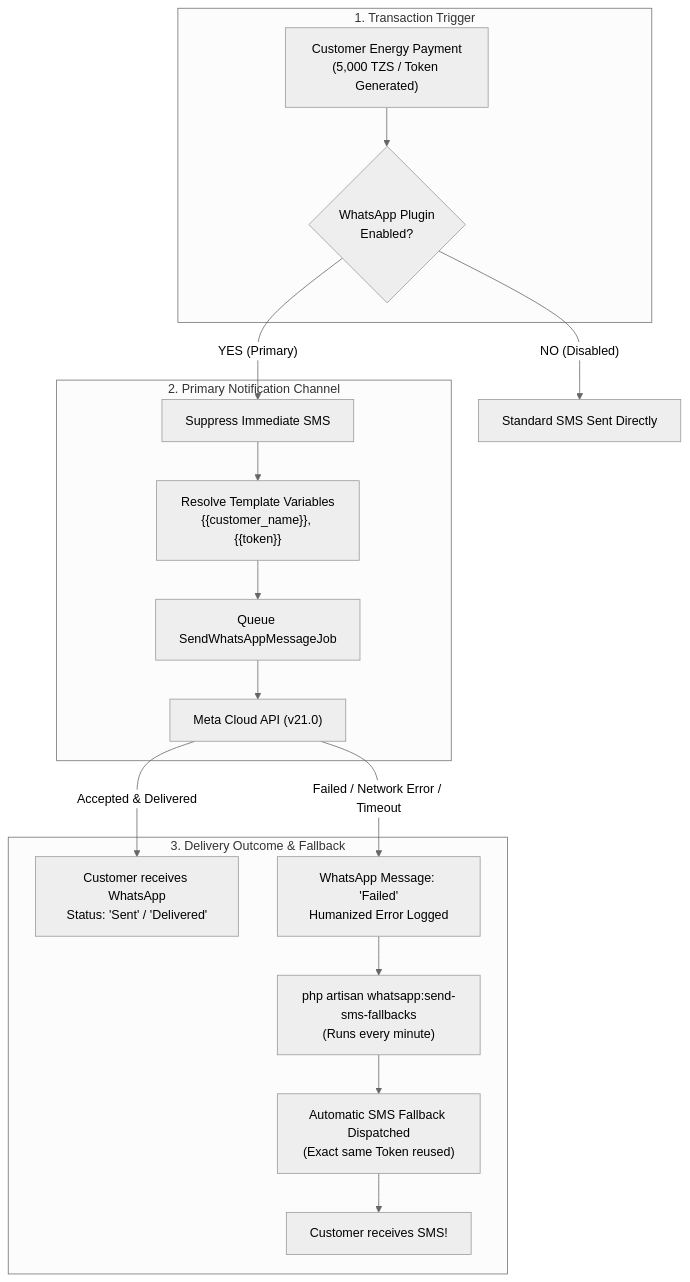
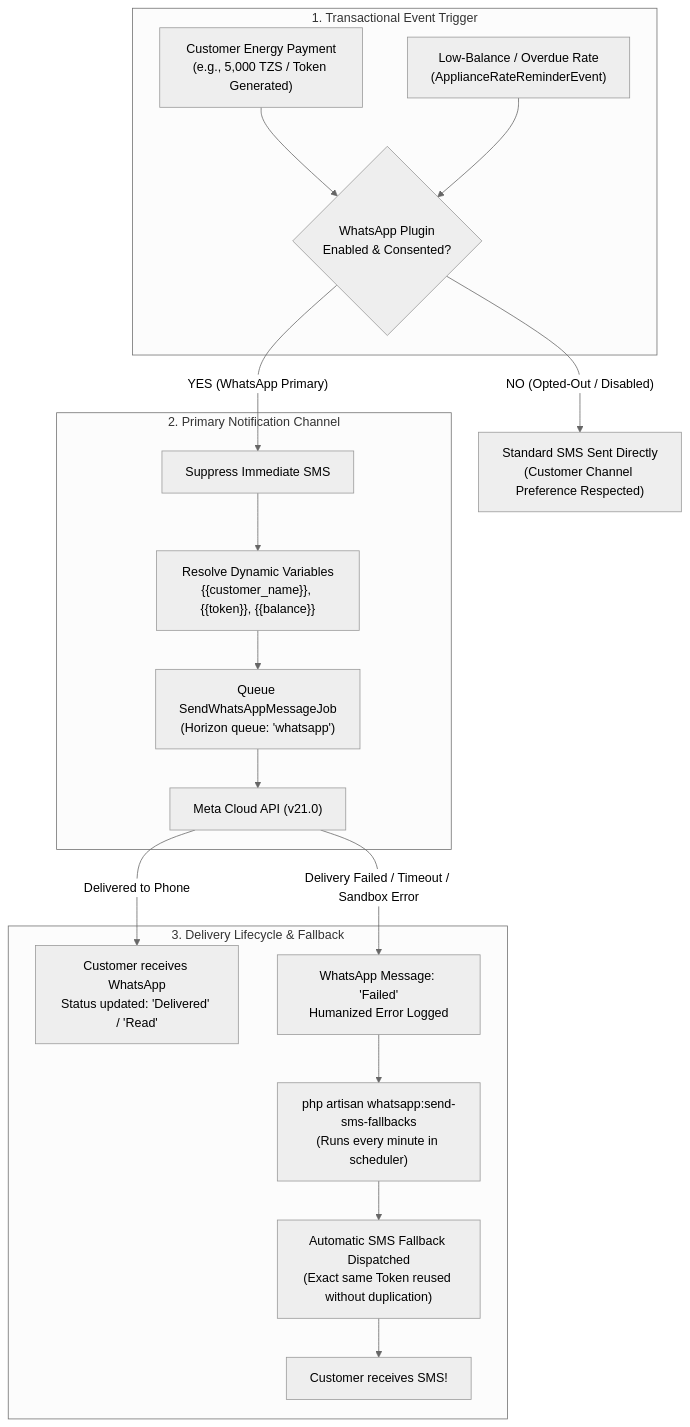
Before and after one commit to EnAccess/micropowermanager: the diagram in DEMO_GUIDE.md, drawn with Mermaid (neutral theme). The commit also changed other lines of this file and 16 other files, not shown here.

Commit message:
feat(whatsapp): implement customer consent opt-out, inbound webhook keywords, simulation suite, and resilient sms fallback

````diff
--- a/DEMO_GUIDE.md
+++ b/DEMO_GUIDE.md
@@ -25,23 +34,24 @@
 ```mermaid
 flowchart TD
-    subgraph Trigger["1. Transaction Trigger"]
-        A["Customer Energy Payment\n(5,000 TZS / Token Generated)"] --> B{"WhatsApp Plugin\nEnabled?"}
+    subgraph Trigger["1. Transactional Event Trigger"]
+        A["Customer Energy Payment\n(e.g., 5,000 TZS / Token Generated)"] --> B{"WhatsApp Plugin\nEnabled & Consented?"}
+        A2["Low-Balance / Overdue Rate\n(ApplianceRateReminderEvent)"] --> B
     end
 
     subgraph PrimaryChannel["2. Primary Notification Channel"]
-        B -- "YES (Primary)" --> C["Suppress Immediate SMS"]
-        C --> D["Resolve Template Variables\n{{customer_name}}, {{token}}"]
-        D --> E["Queue SendWhatsAppMessageJob"]
+        B -- "YES (WhatsApp Primary)" --> C["Suppress Immediate SMS"]
+        C --> D["Resolve Dynamic Variables\n{{customer_name}}, {{token}}, {{balance}}"]
+        D --> E["Queue SendWhatsAppMessageJob\n(Horizon queue: 'whatsapp')"]
         E --> F["Meta Cloud API (v21.0)"]
     end
 
-    subgraph Outcome["3. Delivery Outcome & Fallback"]
-        F -- "Accepted & Delivered" --> G["Customer receives WhatsApp\nStatus: 'Sent' / 'Delivered'"]
-        F -- "Failed / Network Error / Timeout" --> H["WhatsApp Message: 'Failed'\nHumanized Error Logged"]
-        H --> I["php artisan whatsapp:send-sms-fallbacks\n(Runs every minute)"]
-        I --> J["Automatic SMS Fallback Dispatched\n(Exact same Token reused)"]
+    subgraph Outcome["3. Delivery Lifecycle & Fallback"]
+        F -- "Delivered to Phone" --> G["Customer receives WhatsApp\nStatus updated: 'Delivered' / 'Read'"]
+        F -- "Delivery Failed / Timeout / Sandbox Error" --> H["WhatsApp Message: 'Failed'\nHumanized Error Logged"]
+        H --> I["php artisan whatsapp:send-sms-fallbacks\n(Runs every minute in scheduler)"]
+        I --> J["Automatic SMS Fallback Dispatched\n(Exact same Token reused without duplication)"]
         J --> K["Customer receives SMS!"]
     end
 
-    B -- "NO (Disabled)" --> L["Standard SMS Sent Directly"]
+    B -- "NO (Opted-Out / Disabled)" --> L["Standard SMS Sent Directly\n(Customer Channel Preference Respected)"]
 ```
````
